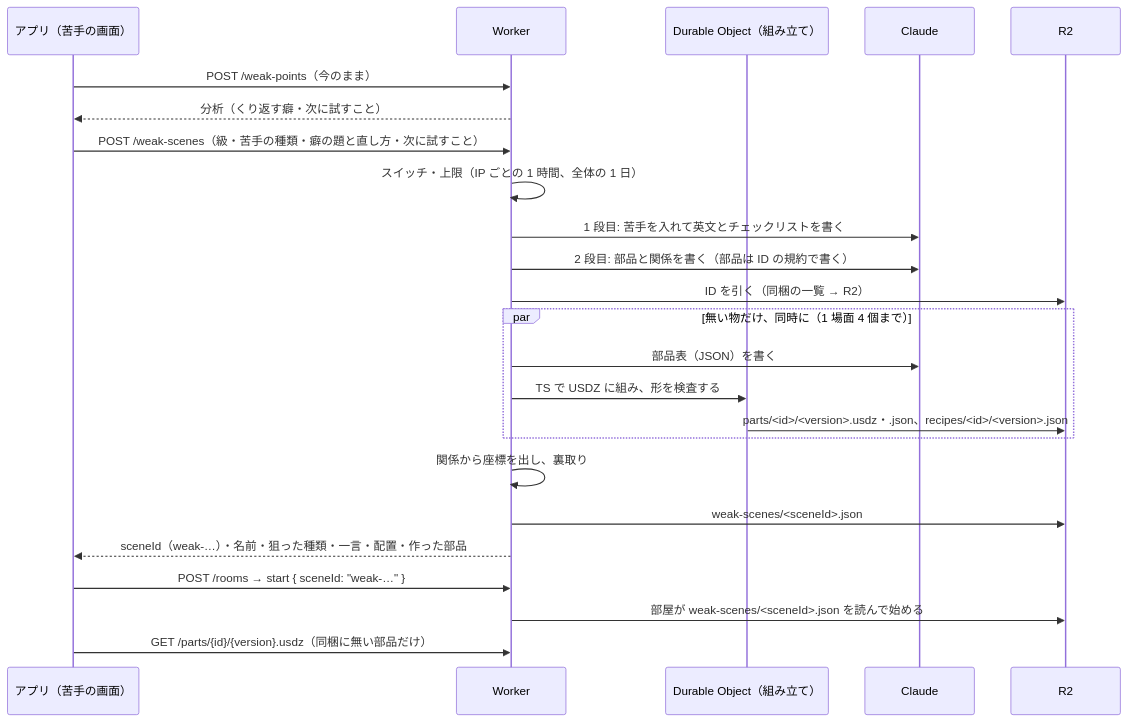
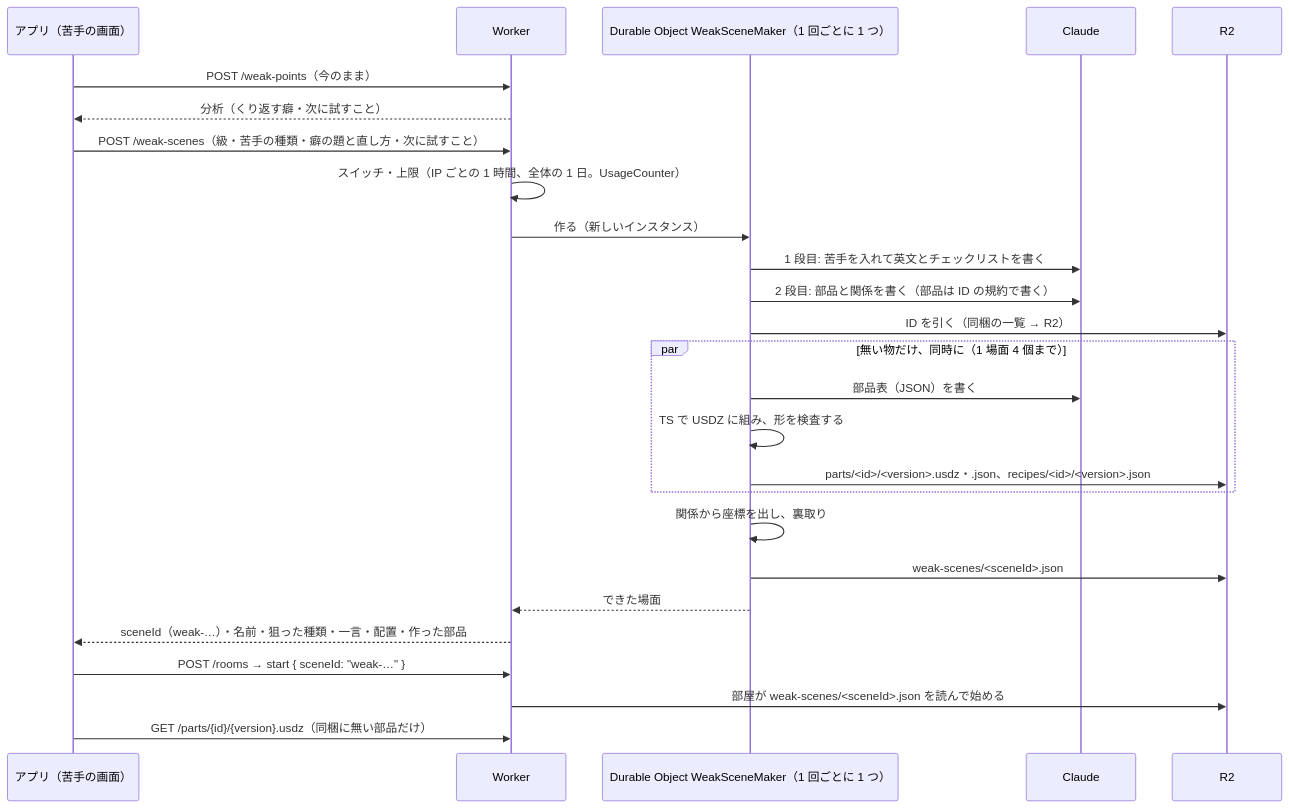
The diagram in docs/design/part-generation.md (jphacks/ng_2622), drawn with Mermaid before and after one commit. The commit also changed other lines of this file and 5 other files, not shown here.

````diff
--- a/docs/design/part-generation.md
+++ b/docs/design/part-generation.md
@@ -13,26 +13,28 @@
 ```mermaid
 sequenceDiagram
   participant A as アプリ（苦手の画面）
   participant W as Worker
-  participant D as Durable Object（組み立て）
+  participant D as Durable Object WeakSceneMaker（1 回ごとに 1 つ）
   participant C as Claude
   participant R as R2
   A->>W: POST /weak-points（今のまま）
   W-->>A: 分析（くり返す癖・次に試すこと）
   A->>W: POST /weak-scenes（級・苦手の種類・癖の題と直し方・次に試すこと）
-  W->>W: スイッチ・上限（IP ごとの 1 時間、全体の 1 日）
-  W->>C: 1 段目: 苦手を入れて英文とチェックリストを書く
-  W->>C: 2 段目: 部品と関係を書く（部品は ID の規約で書く）
-  W->>R: ID を引く（同梱の一覧 → R2）
+  W->>W: スイッチ・上限（IP ごとの 1 時間、全体の 1 日。UsageCounter）
+  W->>D: 作る（新しいインスタンス）
+  D->>C: 1 段目: 苦手を入れて英文とチェックリストを書く
+  D->>C: 2 段目: 部品と関係を書く（部品は ID の規約で書く）
+  D->>R: ID を引く（同梱の一覧 → R2）
   par 無い物だけ、同時に（1 場面 4 個まで）
-    W->>C: 部品表（JSON）を書く
-    W->>D: TS で USDZ に組み、形を検査する
+    D->>C: 部品表（JSON）を書く
+    D->>D: TS で USDZ に組み、形を検査する
     D->>R: parts/<id>/<version>.usdz・.json、recipes/<id>/<version>.json
   end
-  W->>W: 関係から座標を出し、裏取り
-  W->>R: weak-scenes/<sceneId>.json
+  D->>D: 関係から座標を出し、裏取り
+  D->>R: weak-scenes/<sceneId>.json
+  D-->>W: できた場面
   W-->>A: sceneId（weak-…）・名前・狙った種類・一言・配置・作った部品
   A->>W: POST /rooms → start { sceneId: "weak-…" }
   W->>R: 部屋が weak-scenes/<sceneId>.json を読んで始める
   A->>W: GET /parts/{id}/{version}.usdz（同梱に無い部品だけ）
 ```
````
